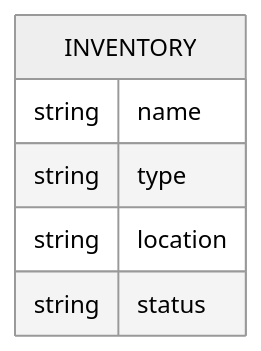
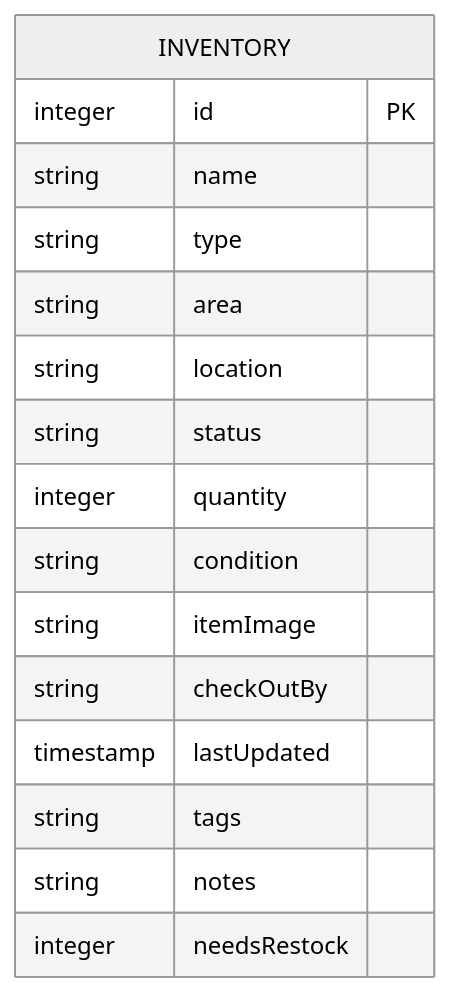
One commit to AugleBoBaugles/spare-pit changed the diagram in README.md. Above: the diagram before and after it, drawn with Mermaid (neutral theme). The commit also changed other lines of this file, not shown here.

Commit message:
Update dev notes

````diff
--- a/README.md
+++ b/README.md
@@ -130,10 +130,19 @@
 ```mermaid
 erDiagram
-    INVENTORY 
     INVENTORY {
+        integer id PK
         string name
         string type
+        string area
         string location
         string status
+        integer quantity
+        string condition
+        string itemImage
+        string checkOutBy
+        timestamp lastUpdated
+        string tags
+        string notes
+        integer needsRestock
     }
 ```
````
